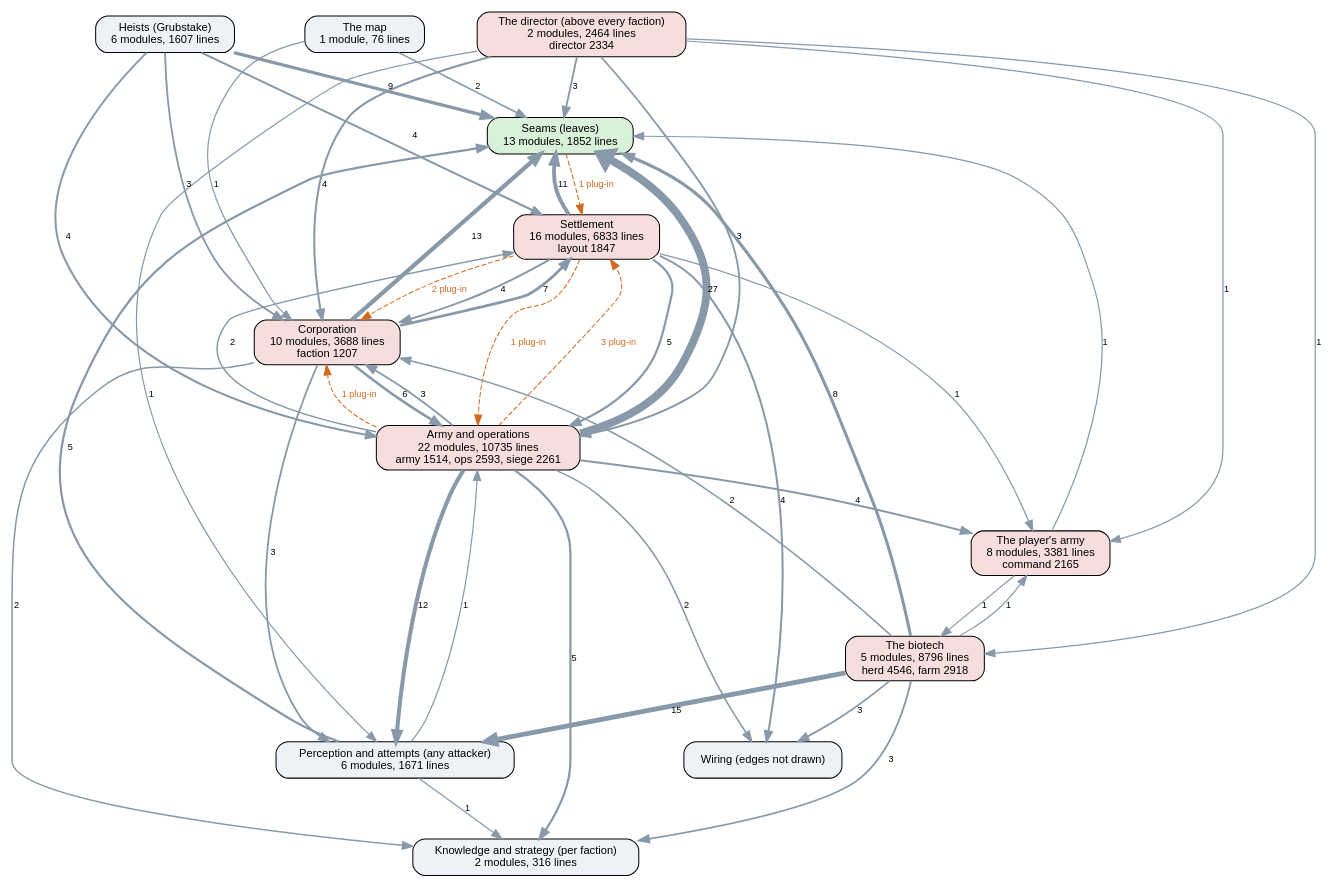
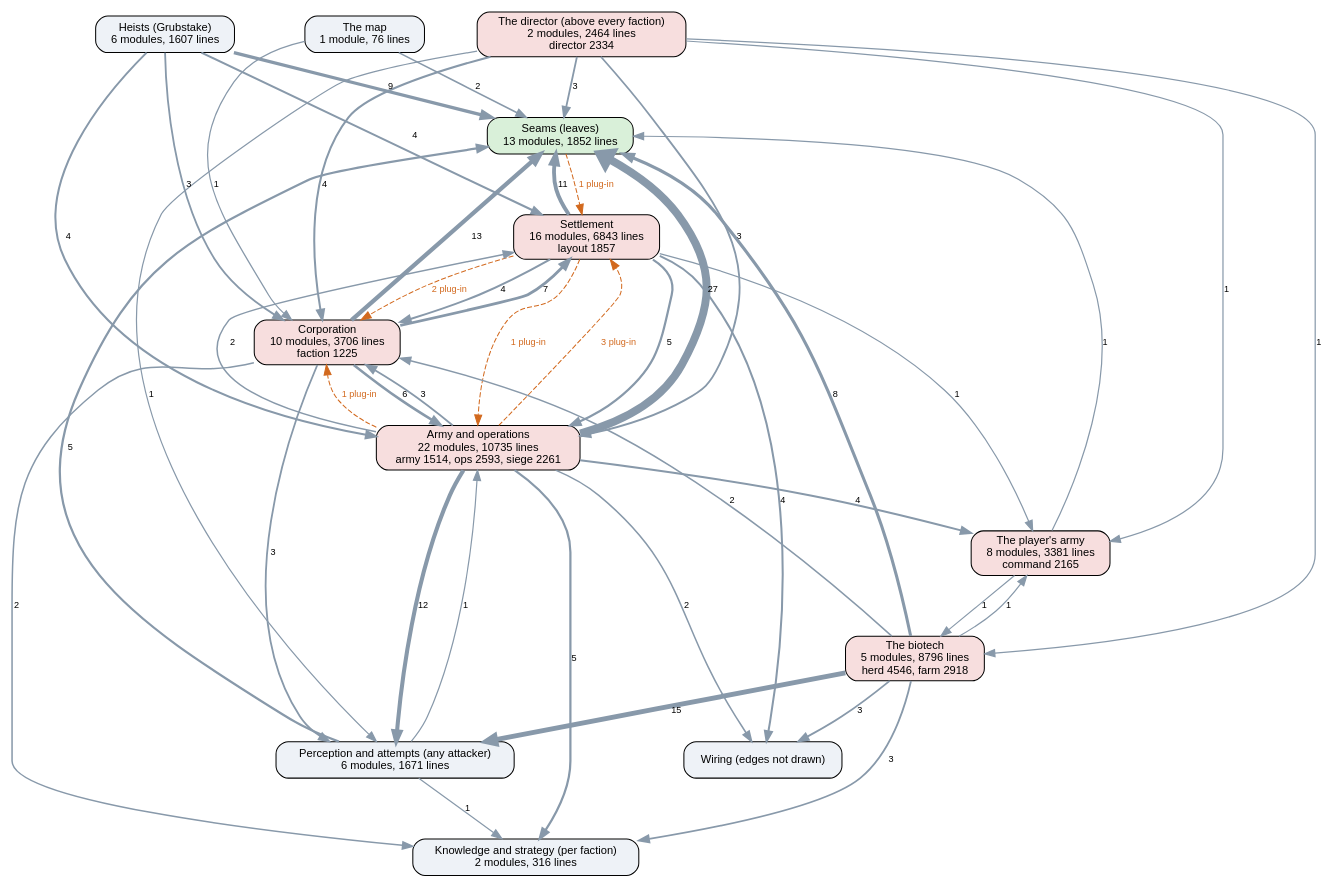
Before and after one commit to kinelhu/landing-party: the diagram in docs/ai-layers.dot, drawn with Graphviz. The commit also changed 12 other files, not shown here.

```diff
--- a/docs/ai-layers.dot
+++ b/docs/ai-layers.dot
@@ -1,61 +1,61 @@
 digraph layers {
   graph [rankdir=TB, fontname="Helvetica", nodesep=0.5, ranksep=0.7];
   node [shape=box, style="rounded,filled", fontname="Helvetica", fontsize=11, fillcolor="#eef2f7"];
   edge [color="#8899aa", fontname="Helvetica", fontsize=9];
   "Seams (leaves)" [label="Seams (leaves)\n13 modules, 1852 lines", fillcolor="#d9f0d9"];
   "Perception and attempts (any attacker)" [label="Perception and attempts (any attacker)\n6 modules, 1671 lines", fillcolor="#eef2f7"];
   "Knowledge and strategy (per faction)" [label="Knowledge and strategy (per faction)\n2 modules, 316 lines", fillcolor="#eef2f7"];
   "The director (above every faction)" [label="The director (above every faction)\n2 modules, 2464 lines\ndirector 2334", fillcolor="#f7dede"];
-  "Corporation" [label="Corporation\n10 modules, 3688 lines\nfaction 1207", fillcolor="#f7dede"];
-  "Settlement" [label="Settlement\n16 modules, 6833 lines\nlayout 1847", fillcolor="#f7dede"];
+  "Corporation" [label="Corporation\n10 modules, 3706 lines\nfaction 1225", fillcolor="#f7dede"];
+  "Settlement" [label="Settlement\n16 modules, 6843 lines\nlayout 1857", fillcolor="#f7dede"];
   "Army and operations" [label="Army and operations\n22 modules, 10735 lines\narmy 1514, ops 2593, siege 2261", fillcolor="#f7dede"];
   "Heists (Grubstake)" [label="Heists (Grubstake)\n6 modules, 1607 lines", fillcolor="#eef2f7"];
   "The biotech" [label="The biotech\n5 modules, 8796 lines\nherd 4546, farm 2918", fillcolor="#f7dede"];
   "The map" [label="The map\n1 module, 76 lines", fillcolor="#eef2f7"];
   "The player's army" [label="The player's army\n8 modules, 3381 lines\ncommand 2165", fillcolor="#f7dede"];
   "Army and operations" -> "Corporation" [label="3", penwidth=1.8];
   "Army and operations" -> "Knowledge and strategy (per faction)" [label="5", penwidth=2.2];
   "Army and operations" -> "Perception and attempts (any attacker)" [label="12", penwidth=4.0];
   "Army and operations" -> "Seams (leaves)" [label="27", penwidth=7.8];
   "Army and operations" -> "Settlement" [label="2", penwidth=1.5];
   "Army and operations" -> "The player's army" [label="4", penwidth=2.0];
   "Army and operations" -> "Wiring (edges not drawn)" [label="2", penwidth=1.5];
   "Corporation" -> "Army and operations" [label="6", penwidth=2.5];
   "Corporation" -> "Knowledge and strategy (per faction)" [label="2", penwidth=1.5];
   "Corporation" -> "Perception and attempts (any attacker)" [label="3", penwidth=1.8];
   "Corporation" -> "Seams (leaves)" [label="13", penwidth=4.2];
   "Corporation" -> "Settlement" [label="7", penwidth=2.8];
   "Heists (Grubstake)" -> "Army and operations" [label="4", penwidth=2.0];
   "Heists (Grubstake)" -> "Corporation" [label="3", penwidth=1.8];
   "Heists (Grubstake)" -> "Seams (leaves)" [label="9", penwidth=3.2];
   "Heists (Grubstake)" -> "Settlement" [label="4", penwidth=2.0];
   "Perception and attempts (any attacker)" -> "Army and operations" [label="1", penwidth=1.2];
   "Perception and attempts (any attacker)" -> "Knowledge and strategy (per faction)" [label="1", penwidth=1.2];
   "Perception and attempts (any attacker)" -> "Seams (leaves)" [label="5", penwidth=2.2];
   "Settlement" -> "Army and operations" [label="5", penwidth=2.2];
   "Settlement" -> "Corporation" [label="4", penwidth=2.0];
   "Settlement" -> "Seams (leaves)" [label="11", penwidth=3.8];
   "Settlement" -> "The player's army" [label="1", penwidth=1.2];
   "Settlement" -> "Wiring (edges not drawn)" [label="4", penwidth=2.0];
   "The biotech" -> "Corporation" [label="2", penwidth=1.5];
   "The biotech" -> "Knowledge and strategy (per faction)" [label="3", penwidth=1.8];
   "The biotech" -> "Perception and attempts (any attacker)" [label="15", penwidth=4.8];
   "The biotech" -> "Seams (leaves)" [label="8", penwidth=3.0];
   "The biotech" -> "The player's army" [label="1", penwidth=1.2];
   "The biotech" -> "Wiring (edges not drawn)" [label="3", penwidth=1.8];
   "The director (above every faction)" -> "Army and operations" [label="3", penwidth=1.8];
   "The director (above every faction)" -> "Corporation" [label="4", penwidth=2.0];
   "The director (above every faction)" -> "Perception and attempts (any attacker)" [label="1", penwidth=1.2];
   "The director (above every faction)" -> "Seams (leaves)" [label="3", penwidth=1.8];
   "The director (above every faction)" -> "The biotech" [label="1", penwidth=1.2];
   "The director (above every faction)" -> "The player's army" [label="1", penwidth=1.2];
   "The map" -> "Corporation" [label="1", penwidth=1.2];
   "The map" -> "Seams (leaves)" [label="2", penwidth=1.5];
   "The player's army" -> "Seams (leaves)" [label="1", penwidth=1.2];
   "The player's army" -> "The biotech" [label="1", penwidth=1.2];
   "Army and operations" -> "Corporation" [style=dashed, color="#d2691e", fontcolor="#d2691e", label="1 plug-in"];
   "Army and operations" -> "Settlement" [style=dashed, color="#d2691e", fontcolor="#d2691e", label="3 plug-in"];
   "Seams (leaves)" -> "Settlement" [style=dashed, color="#d2691e", fontcolor="#d2691e", label="1 plug-in"];
   "Settlement" -> "Army and operations" [style=dashed, color="#d2691e", fontcolor="#d2691e", label="1 plug-in"];
   "Settlement" -> "Corporation" [style=dashed, color="#d2691e", fontcolor="#d2691e", label="2 plug-in"];
 }
```
